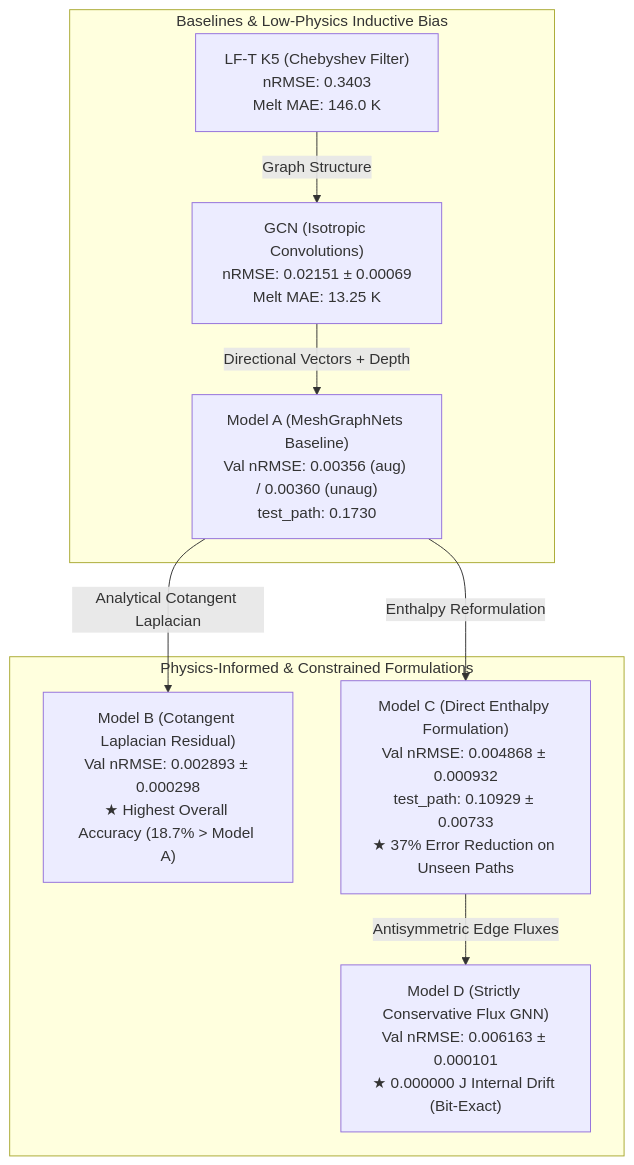
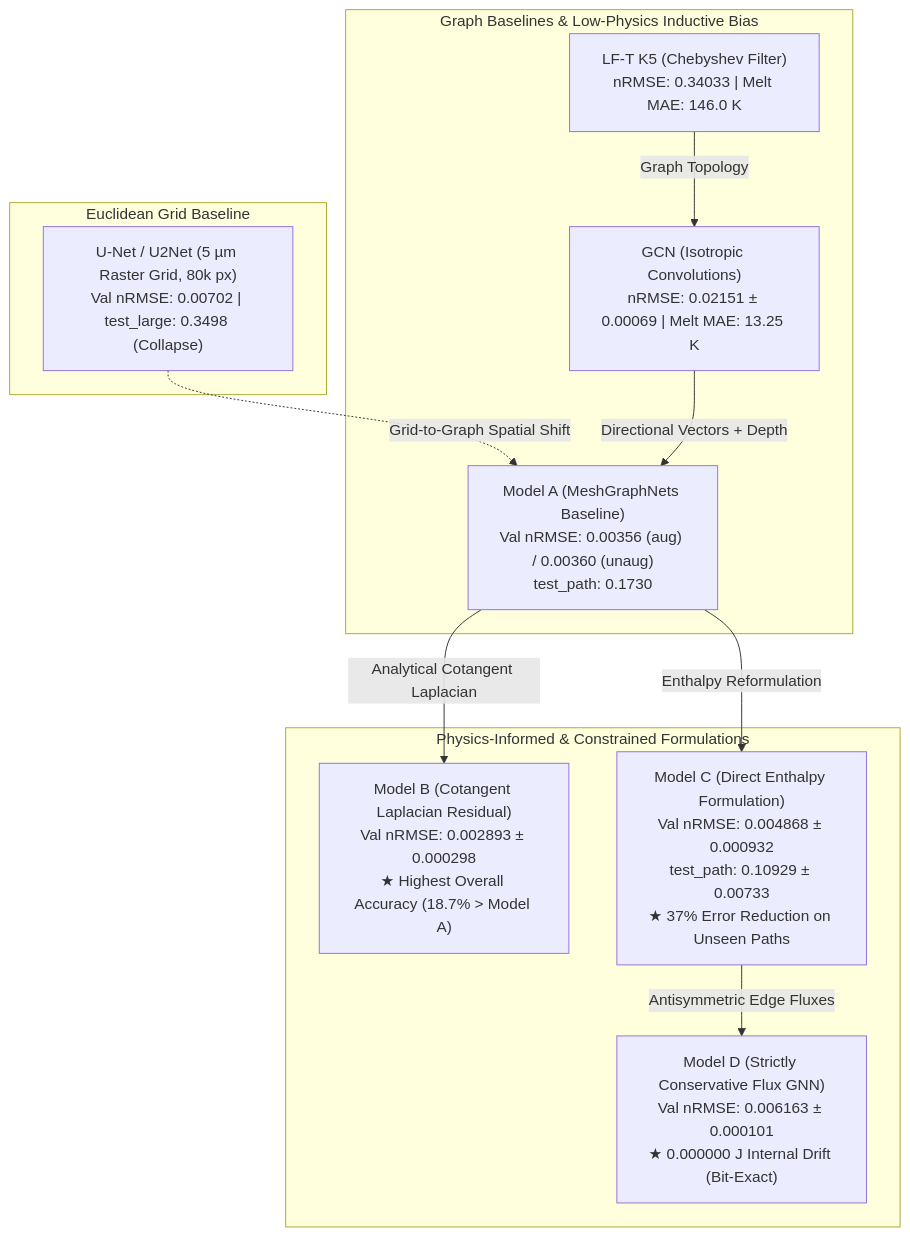
Before and after one commit to lucdop01/graph-machine-learning-project: the diagram in docs/PRELIMINARY_RESEARCH_REPORT.md, drawn with Mermaid. The commit also changed other lines of this file, not shown here.

Commit message:
Incorporate U-Net baseline benchmark and hyperparameter sweep protocol into prelim report

````diff
--- a/docs/PRELIMINARY_RESEARCH_REPORT.md
+++ b/docs/PRELIMINARY_RESEARCH_REPORT.md
@@ -23,20 +24,25 @@
 ```mermaid
 graph TD
-    subgraph Baselines ["Baselines & Low-Physics Inductive Bias"]
-        LFT["LF-T K5 (Chebyshev Filter)<br/>nRMSE: 0.3403<br/>Melt MAE: 146.0 K"]
-        GCN["GCN (Isotropic Convolutions)<br/>nRMSE: 0.02151 ± 0.00069<br/>Melt MAE: 13.25 K"]
+    subgraph GridBaseline ["Euclidean Grid Baseline"]
+        UNet["U-Net / U2Net (5 µm Raster Grid, 80k px)<br/>Val nRMSE: 0.00702 | test_large: 0.3498 (Collapse)"]
+    end
+
+    subgraph Baselines ["Graph Baselines & Low-Physics Inductive Bias"]
+        LFT["LF-T K5 (Chebyshev Filter)<br/>nRMSE: 0.34033 | Melt MAE: 146.0 K"]
+        GCN["GCN (Isotropic Convolutions)<br/>nRMSE: 0.02151 ± 0.00069 | Melt MAE: 13.25 K"]
         ModelA["Model A (MeshGraphNets Baseline)<br/>Val nRMSE: 0.00356 (aug) / 0.00360 (unaug)<br/>test_path: 0.1730"]
     end
     
     subgraph PhysicsInformed ["Physics-Informed & Constrained Formulations"]
         ModelB["Model B (Cotangent Laplacian Residual)<br/>Val nRMSE: 0.002893 ± 0.000298<br/>★ Highest Overall Accuracy (18.7% > Model A)"]
         ModelC["Model C (Direct Enthalpy Formulation)<br/>Val nRMSE: 0.004868 ± 0.000932<br/>test_path: 0.10929 ± 0.00733<br/>★ 37% Error Reduction on Unseen Paths"]
         ModelD["Model D (Strictly Conservative Flux GNN)<br/>Val nRMSE: 0.006163 ± 0.000101<br/>★ 0.000000 J Internal Drift (Bit-Exact)"]
     end
 
-    LFT -->|Graph Structure| GCN
+    UNet -.->|Grid-to-Graph Spatial Shift| ModelA
+    LFT -->|Graph Topology| GCN
     GCN -->|Directional Vectors + Depth| ModelA
     ModelA -->|Analytical Cotangent Laplacian| ModelB
     ModelA -->|Enthalpy Reformulation| ModelC
     ModelC -->|Antisymmetric Edge Fluxes| ModelD
 ```
````
